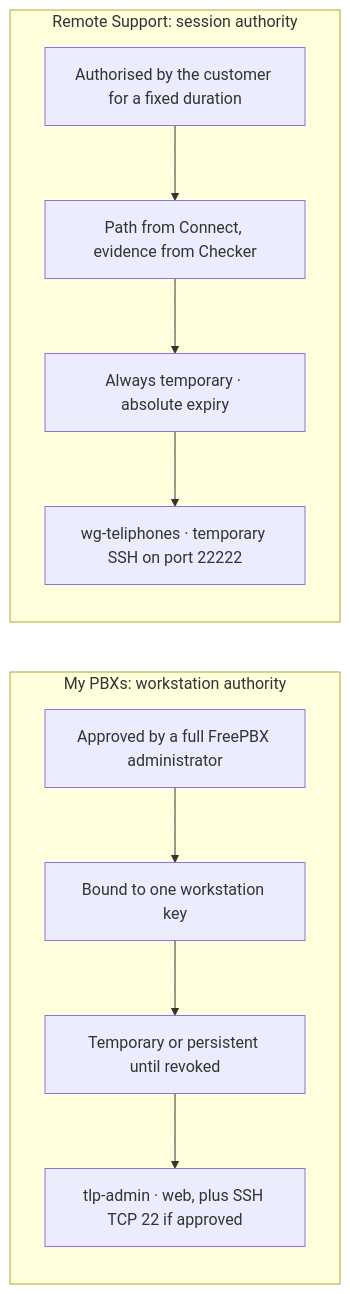
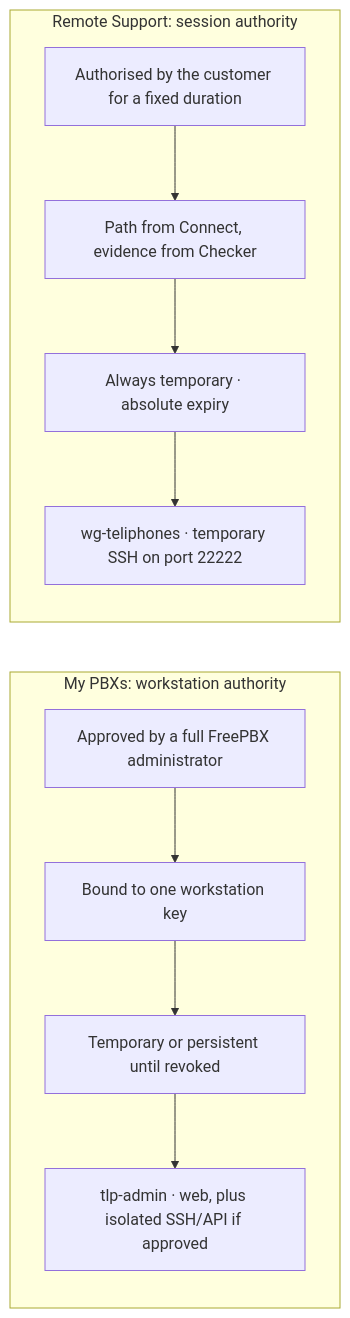
One commit to kierknoby/teliphones changed the fifth of 5 diagrams in README.md. Above: the diagram before and after it, drawn with Mermaid. The commit also changed other lines of this file and 66 other files, not shown here.

````diff
--- a/README.md
+++ b/README.md
@@ -261,13 +311,13 @@
 ```mermaid
 flowchart LR
     subgraph W["My PBXs: workstation authority"]
         W1["Approved by a full FreePBX administrator"] --> W2["Bound to one workstation key"]
         W2 --> W3["Temporary or persistent until revoked"]
-        W3 --> W4["tlp-admin · web, plus SSH TCP 22 if approved"]
+        W3 --> W4["tlp-admin · web, plus isolated SSH/API if approved"]
     end
     subgraph S["Remote Support: session authority"]
         S1["Authorised by the customer for a fixed duration"] --> S2["Path from Connect, evidence from Checker"]
         S2 --> S3["Always temporary · absolute expiry"]
         S3 --> S4["wg-teliphones · temporary SSH on port 22222"]
     end
 ```
````
